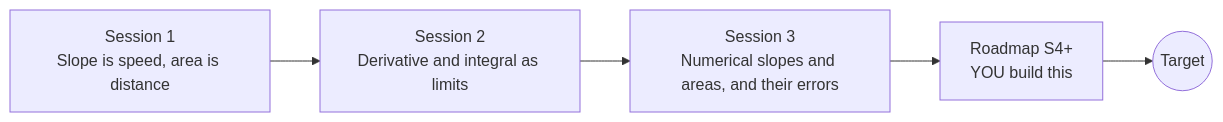
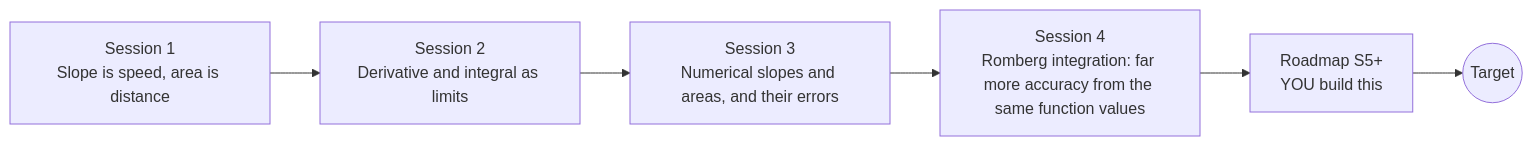
The diagram in README.md (KrunalPanchal1995/opencalculus), drawn with Mermaid before and after one commit. The commit also changed other lines of this file and 20 other files, not shown here.

First line of the commit message:
Session 4: Romberg integration, far more accuracy from the same function values (hub #108)

````diff
--- a/README.md
+++ b/README.md
@@ -84,9 +85,10 @@
 ```mermaid
 flowchart LR
   S1[Session 1<br/>Slope is speed, area is distance]
   S2[Session 2<br/>Derivative and integral as limits]
   S3[Session 3<br/>Numerical slopes and areas, and their errors]
-  R[Roadmap S4+<br/>YOU build this]
+  S4[Session 4<br/>Romberg integration: far more accuracy from the same function values]
+  R[Roadmap S5+<br/>YOU build this]
   T((Target))
-  S1 --> S2 --> S3 --> R --> T
+  S1 --> S2 --> S3 --> S4 --> R --> T
 ```
````
